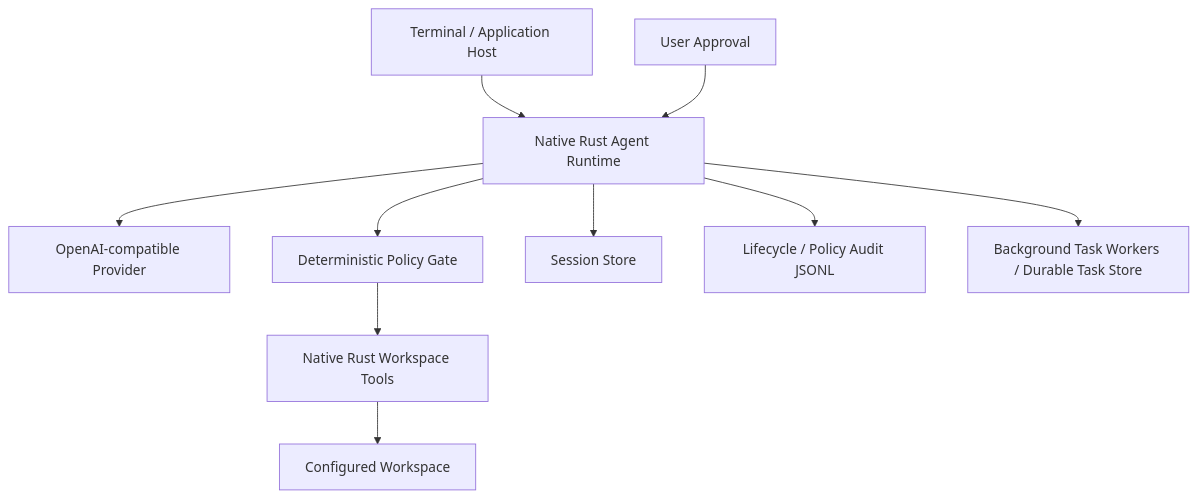
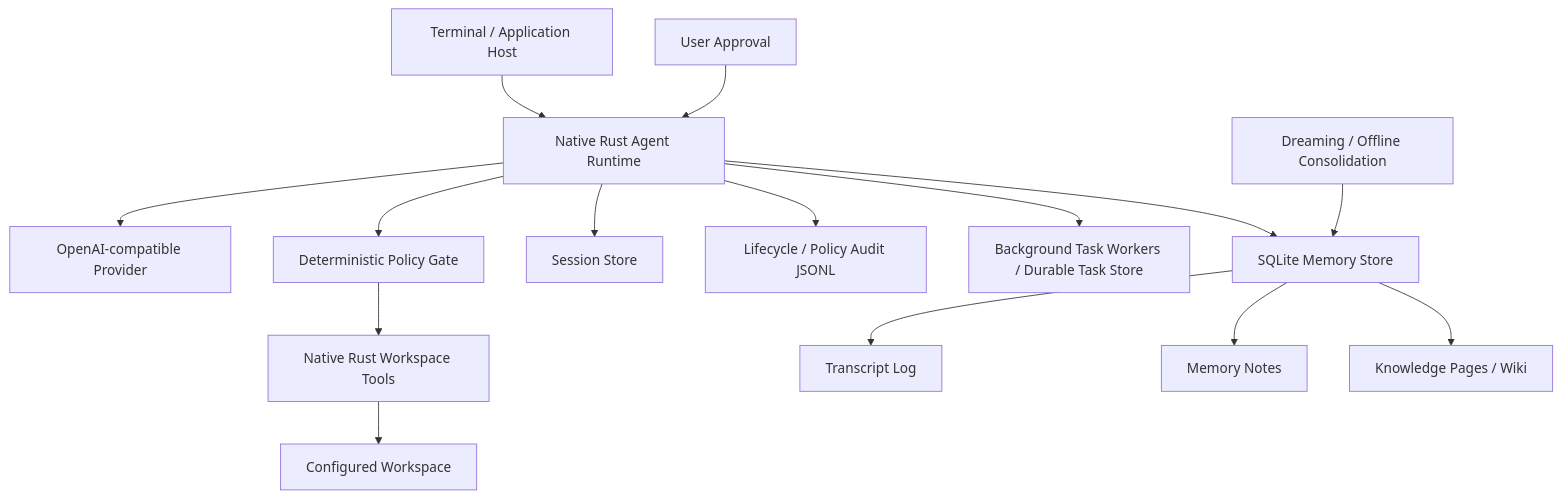
One commit to devweekly/devweekly.github.io changed the diagram in tools/rust-agent/README.md. Above: the diagram before and after it, drawn with Mermaid. The commit also changed other lines of this file and 3 other files, not shown here.

Commit message:
Implement transcript-backed memory and dreaming consolidation

````diff
--- a/tools/rust-agent/README.md
+++ b/tools/rust-agent/README.md
@@ -7,12 +7,17 @@
 ```mermaid
 flowchart TB
     USER["Terminal / Application Host"] --> RUNTIME["Native Rust Agent Runtime"]
     RUNTIME --> PROVIDER["OpenAI-compatible Provider"]
     RUNTIME --> POLICY["Deterministic Policy Gate"]
     POLICY --> TOOLS["Native Rust Workspace Tools"]
     TOOLS --> WS["Configured Workspace"]
     RUNTIME --> SESSION["Session Store"]
     RUNTIME --> AUDIT["Lifecycle / Policy Audit JSONL"]
     RUNTIME --> TASKS["Background Task Workers / Durable Task Store"]
+    RUNTIME --> MEMORY["SQLite Memory Store"]
+    MEMORY --> TRANSCRIPTS["Transcript Log"]
+    MEMORY --> NOTES["Memory Notes"]
+    MEMORY --> WIKI["Knowledge Pages / Wiki"]
+    DREAM["Dreaming / Offline Consolidation"] --> MEMORY
     APPROVAL["User Approval"] --> RUNTIME
 ```
````
